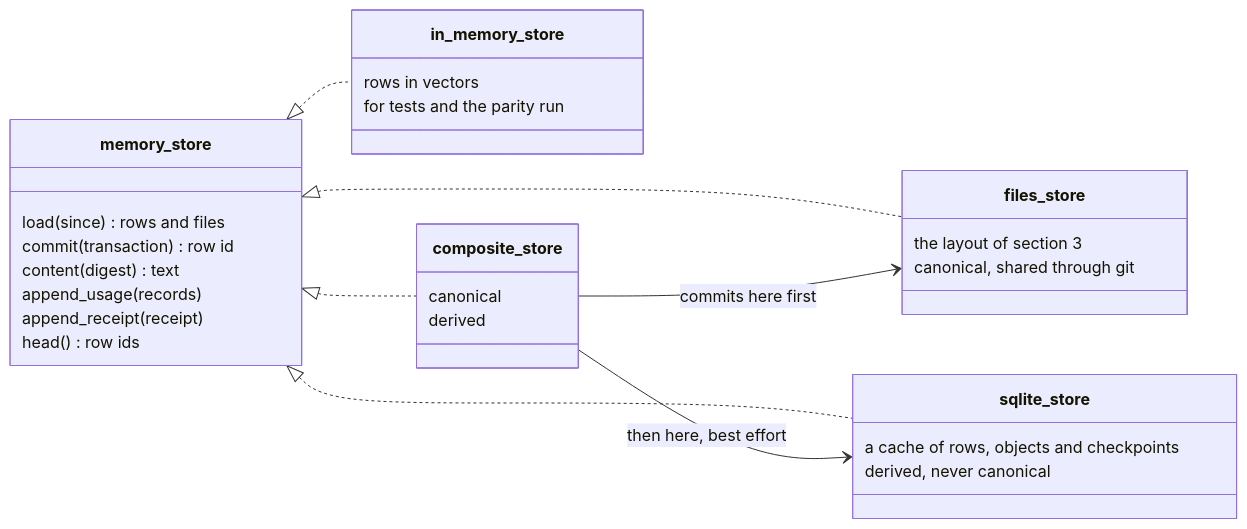
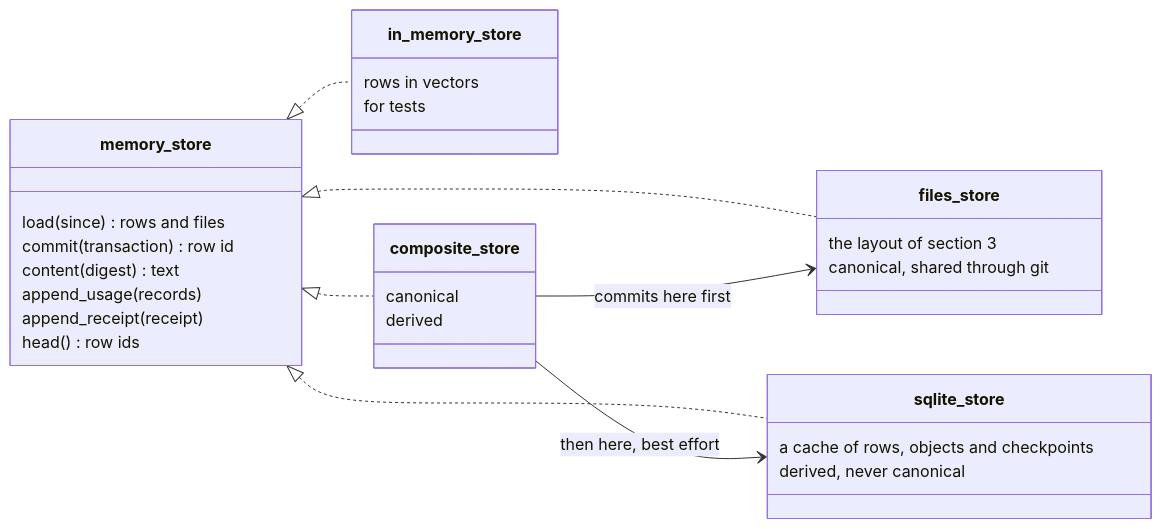
One commit to Debith/pygim changed the sixth of 6 diagrams in docs/design/memory/03_store.md. Above: the diagram before and after it, drawn with Mermaid. The commit also changed 27 other files, not shown here.

````diff
--- a/docs/design/memory/03_store.md
+++ b/docs/design/memory/03_store.md
@@ -305,34 +305,34 @@
 ```mermaid
 classDiagram
     direction LR
     class memory_store {
         load(since) rows and files
         commit(transaction) row id
         content(digest) text
         append_usage(records)
         append_receipt(receipt)
         head() row ids
     }
     class in_memory_store {
         rows in vectors
-        for tests and the parity run
+        for tests
     }
     class files_store {
         the layout of section 3
         canonical, shared through git
     }
     class sqlite_store {
         a cache of rows, objects and checkpoints
         derived, never canonical
     }
     class composite_store {
         canonical
         derived
     }
     memory_store <|.. in_memory_store
     memory_store <|.. files_store
     memory_store <|.. sqlite_store
     memory_store <|.. composite_store
     composite_store --> files_store : commits here first
     composite_store --> sqlite_store : then here, best effort
 ```
````
